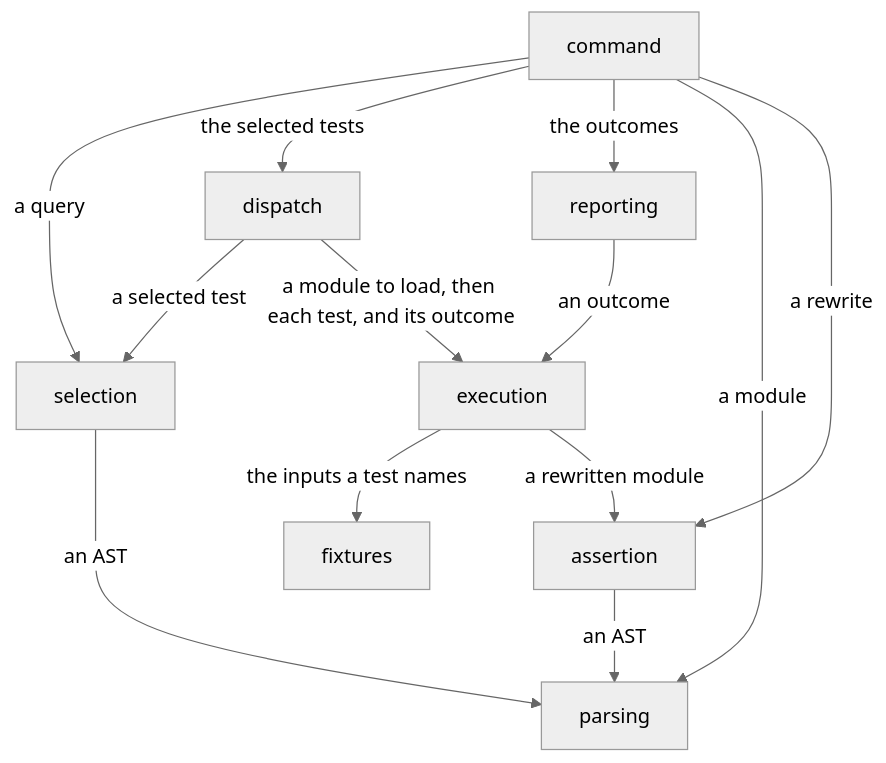
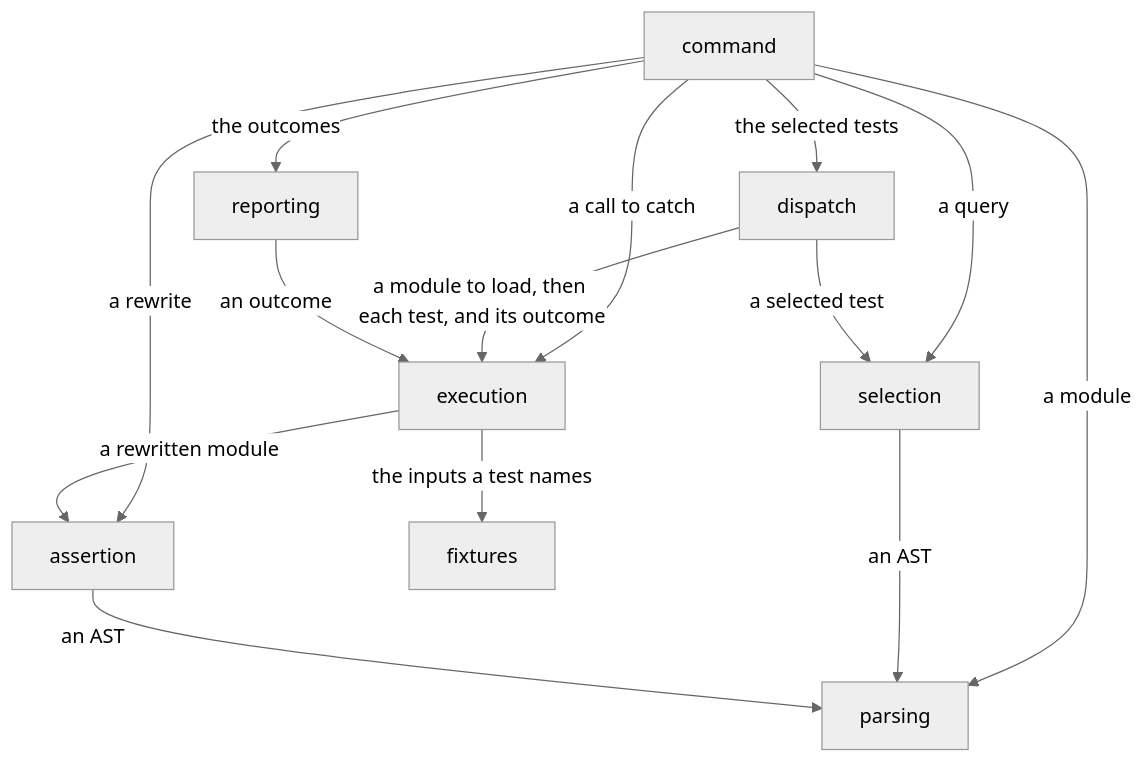
One commit to kalonji-tools/purba changed the second of 3 diagrams in LANDSCAPE.md. Above: the diagram before and after it, drawn with Mermaid (neutral theme). The commit also changed other lines of this file and 31 other files, not shown here.

````diff
--- a/LANDSCAPE.md
+++ b/LANDSCAPE.md
@@ -68,15 +68,16 @@
 ```mermaid
 flowchart TD
   command -- "a query" --> selection
   command -- "the selected tests" --> dispatch
   command -- "the outcomes" --> reporting
   command -- "a module" --> parsing
   command -- "a rewrite" --> assertion
+  command -- "a call to catch" --> execution
   selection -- "an AST" --> parsing
   assertion -- "an AST" --> parsing
   dispatch -- "a selected test" --> selection
   dispatch -- "a module to load, then each test, and its outcome" --> execution
   execution -- "the inputs a test names" --> fixtures
   execution -- "a rewritten module" --> assertion
   reporting -- "an outcome" --> execution
 ```
````
